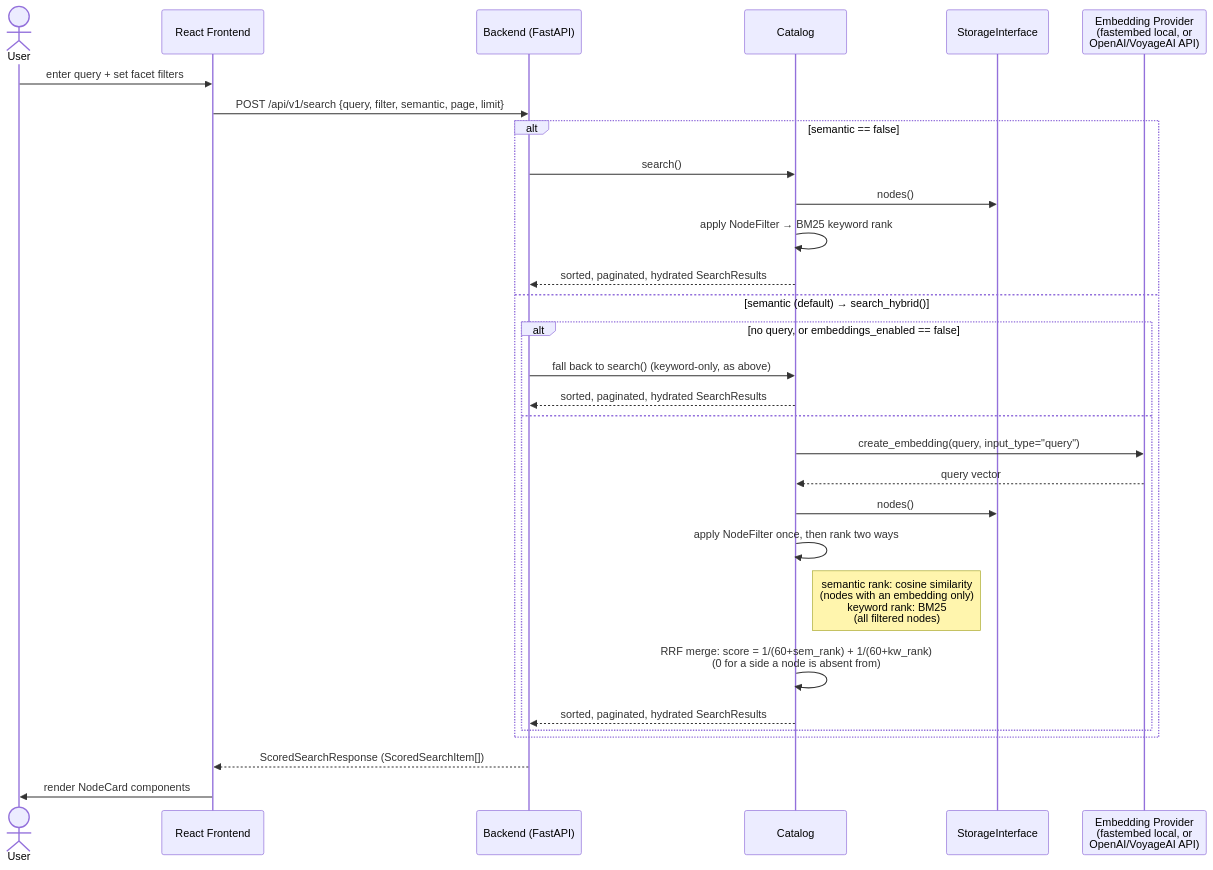
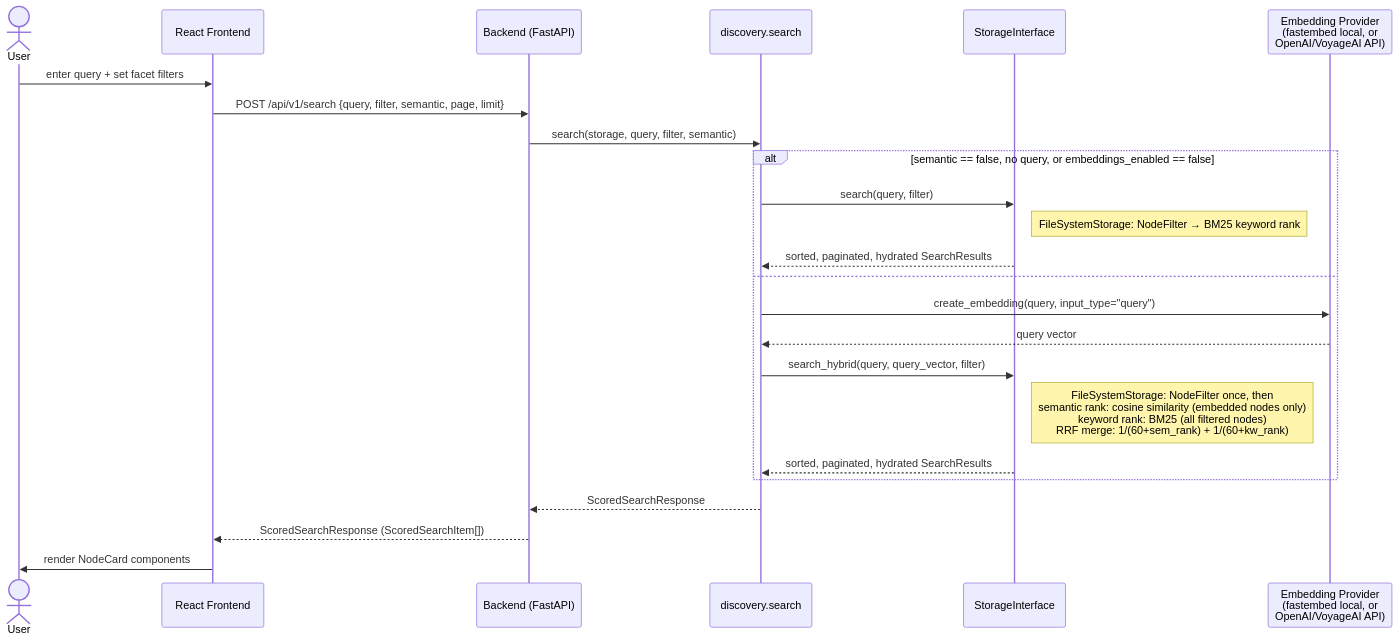
One commit to XzzX/sim_atlas changed the third of 3 diagrams in docs/architecture.md. Above: the diagram before and after it, drawn with Mermaid. The commit also changed 23 other files, not shown here.

First line of the commit message:
backend: keep StorageInterface as the discovery seam; policy above it

````diff
--- a/docs/architecture.md
+++ b/docs/architecture.md
@@ -131,33 +131,27 @@
 ```mermaid
 sequenceDiagram
     actor U as User
     participant F as React Frontend
     participant B as Backend (FastAPI)
-    participant C as Catalog
+    participant D as discovery.search
     participant S as StorageInterface
     participant E as Embedding Provider<br/>(fastembed local, or<br/>OpenAI/VoyageAI API)
 
     U->>F: enter query + set facet filters
     F->>B: POST /api/v1/search {query, filter, semantic, page, limit}
-    alt semantic == false
-        B->>C: search()
-        C->>S: nodes()
-        C->>C: apply NodeFilter → BM25 keyword rank
-        C-->>B: sorted, paginated, hydrated SearchResults
-    else semantic (default) → search_hybrid()
-        alt no query, or embeddings_enabled == false
-            B->>C: fall back to search() (keyword-only, as above)
-            C-->>B: sorted, paginated, hydrated SearchResults
-        else
-            C->>E: create_embedding(query, input_type="query")
-            E-->>C: query vector
-            C->>S: nodes()
-            C->>C: apply NodeFilter once, then rank two ways
-            Note right of C: semantic rank: cosine similarity<br/>(nodes with an embedding only)<br/>keyword rank: BM25<br/>(all filtered nodes)
-            C->>C: RRF merge: score = 1/(60+sem_rank) + 1/(60+kw_rank)<br/>(0 for a side a node is absent from)
-            C-->>B: sorted, paginated, hydrated SearchResults
-        end
+    B->>D: search(storage, query, filter, semantic)
+    alt semantic == false, no query, or embeddings_enabled == false
+        D->>S: search(query, filter)
+        Note right of S: FileSystemStorage: NodeFilter → BM25 keyword rank
+        S-->>D: sorted, paginated, hydrated SearchResults
+    else
+        D->>E: create_embedding(query, input_type="query")
+        E-->>D: query vector
+        D->>S: search_hybrid(query, query_vector, filter)
+        Note right of S: FileSystemStorage: NodeFilter once, then<br/>semantic rank: cosine similarity (embedded nodes only)<br/>keyword rank: BM25 (all filtered nodes)<br/>RRF merge: 1/(60+sem_rank) + 1/(60+kw_rank)
+        S-->>D: sorted, paginated, hydrated SearchResults
     end
+    D-->>B: ScoredSearchResponse
     B-->>F: ScoredSearchResponse (ScoredSearchItem[])
     F->>U: render NodeCard components
 ```
````
